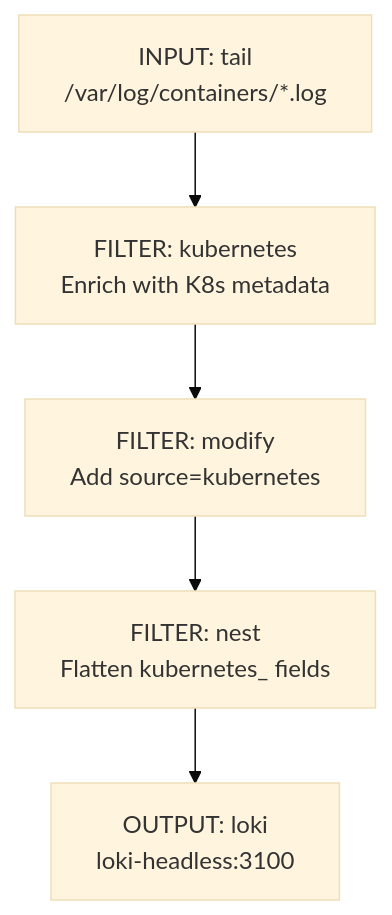
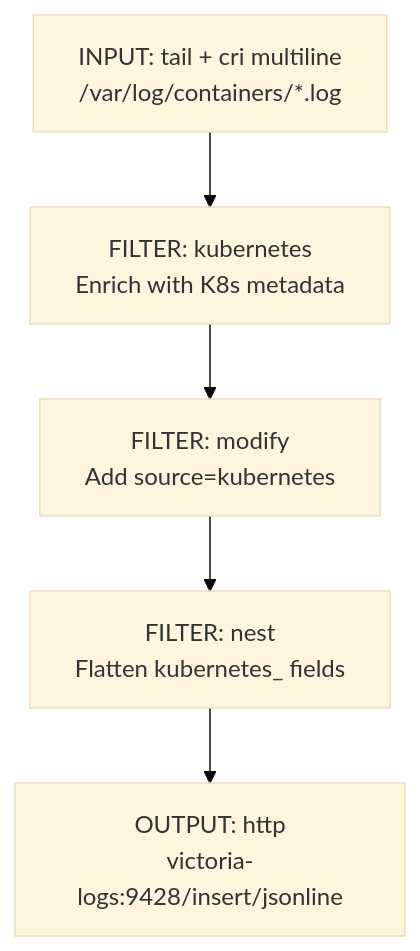
Before and after one commit to swibrow/home-ops: the second of 2 diagrams in docs/monitoring/fluent-bit.md, drawn with Mermaid (base theme). The commit also changed other lines of this file and 105 other files, not shown here.

````diff
--- a/docs/monitoring/fluent-bit.md
+++ b/docs/monitoring/fluent-bit.md
@@ -143,10 +147,10 @@
 ```mermaid
 flowchart TD
-    Input["INPUT: tail\n/var/log/containers/*.log"]
+    Input["INPUT: tail + cri multiline\n/var/log/containers/*.log"]
     F1["FILTER: kubernetes\nEnrich with K8s metadata"]
     F2["FILTER: modify\nAdd source=kubernetes"]
     F3["FILTER: nest\nFlatten kubernetes_ fields"]
-    Output["OUTPUT: loki\nloki-headless:3100"]
+    Output["OUTPUT: http\nvictoria-logs:9428/insert/jsonline"]
 
     Input --> F1 --> F2 --> F3 --> Output
 ```
````
